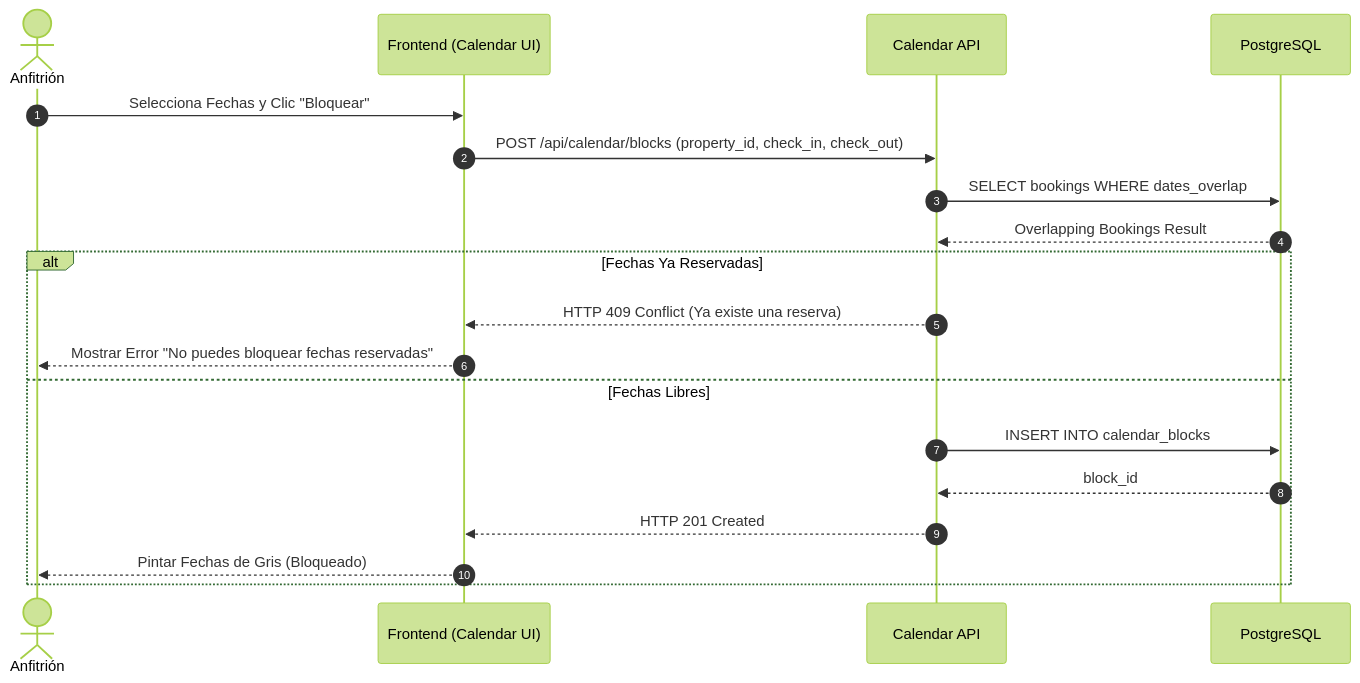
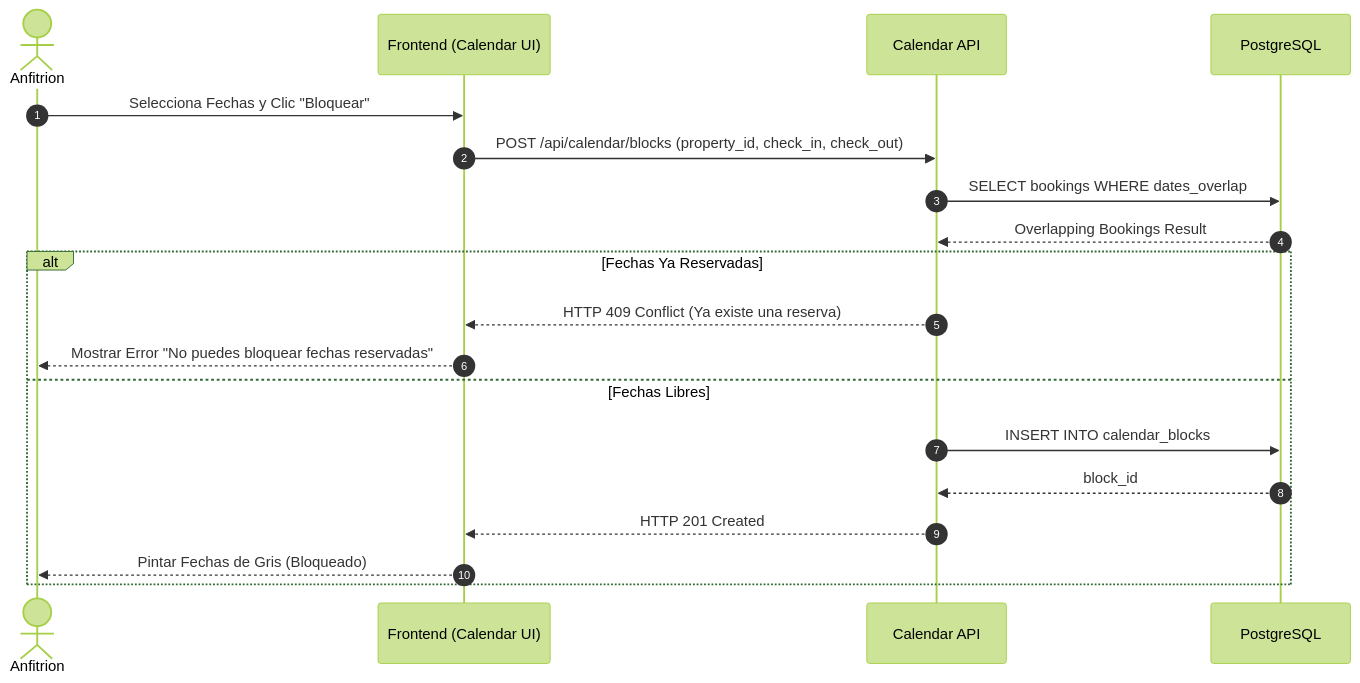
The diagram in docs/04-system-modeling/07.System Sequence Diagrams/MODS/MOD-CALENDAR.md (camilolayos54-dotcom/NosFuimosdeFinca), drawn with Mermaid (forest theme) before and after one commit. The commit also changed other lines of this file and 62 other files, not shown here.

````diff
--- a/docs/04-system-modeling/07.System Sequence Diagrams/MODS/MOD-CALENDAR.md
+++ b/docs/04-system-modeling/07.System Sequence Diagrams/MODS/MOD-CALENDAR.md
@@ -7,24 +7,24 @@
 ```mermaid
 sequenceDiagram
     autonumber
-    actor H as Anfitrión
+    actor H as Anfitrion
     participant C as Frontend (Calendar UI)
     participant API as Calendar API
     participant DB as PostgreSQL
 
     H->>C: Selecciona Fechas y Clic "Bloquear"
     C->>API: POST /api/calendar/blocks (property_id, check_in, check_out)
     
     API->>DB: SELECT bookings WHERE dates_overlap
     DB-->>API: Overlapping Bookings Result
     
     alt Fechas Ya Reservadas
         API-->>C: HTTP 409 Conflict (Ya existe una reserva)
         C-->>H: Mostrar Error "No puedes bloquear fechas reservadas"
     else Fechas Libres
         API->>DB: INSERT INTO calendar_blocks
         DB-->>API: block_id
         API-->>C: HTTP 201 Created
         C-->>H: Pintar Fechas de Gris (Bloqueado)
     end
 ```
````
